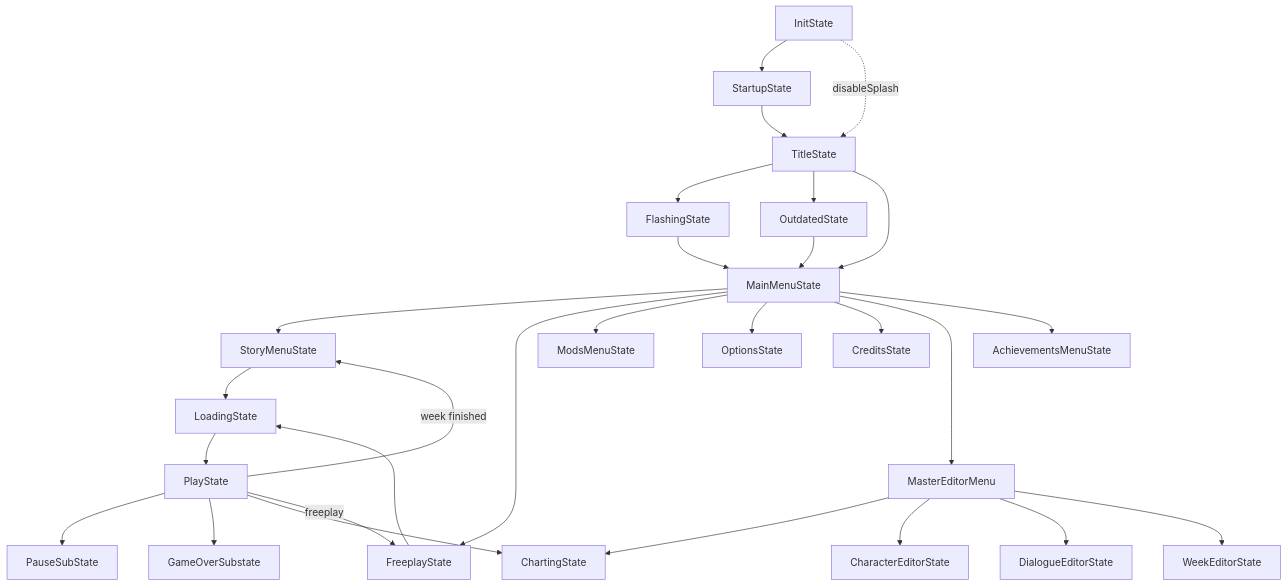
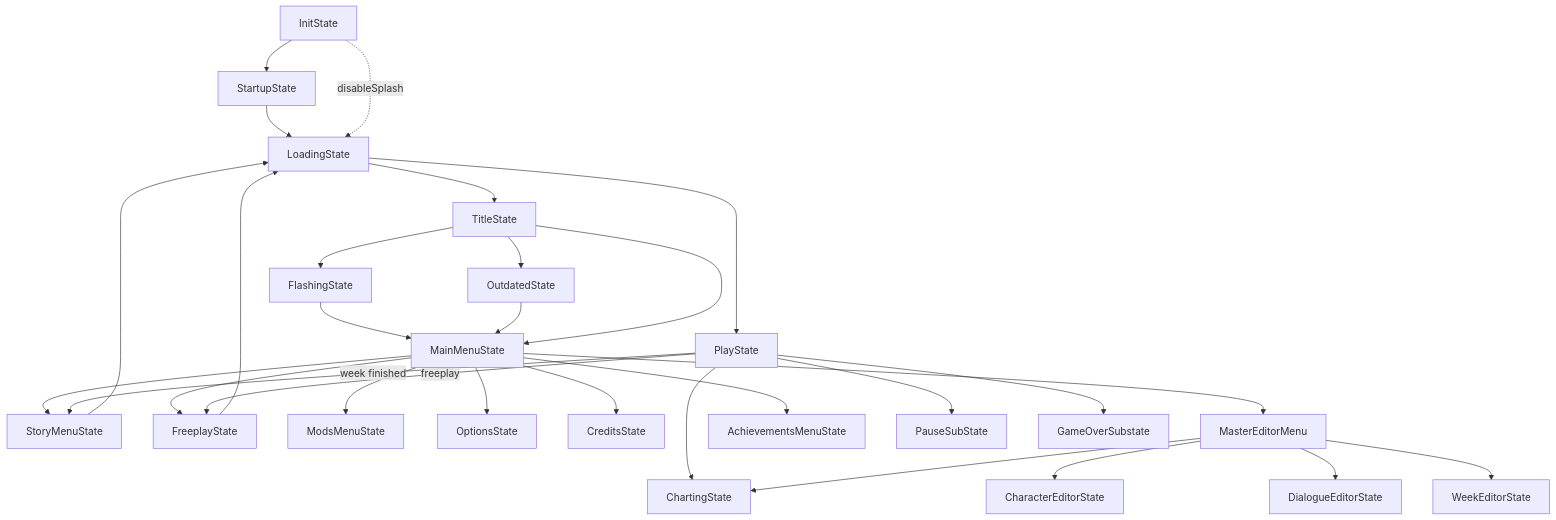
The diagram in website/docs/architecture/state-flow.md (havaianasdestruido/FNF-Phoenix-Engine), drawn with Mermaid before and after one commit. The commit also changed 6 other files, not shown here.

Commit message:
Limit loading screens and disable splash by default

````diff
--- a/website/docs/architecture/state-flow.md
+++ b/website/docs/architecture/state-flow.md
@@ -16,29 +16,29 @@
 ```mermaid
 flowchart TD
-    Init["InitState"] --> Startup["StartupState"] --> Title["TitleState"]
-    Init -.->|disableSplash| Title
+    Init["InitState"] --> Startup["StartupState"] --> Load["LoadingState"] --> Title["TitleState"]
+    Init -.->|disableSplash| Load
     Title --> Flash["FlashingState"]
     Title --> Out["OutdatedState"]
     Flash --> Main["MainMenuState"]
     Out --> Main
     Title --> Main
     Main --> Story["StoryMenuState"]
     Main --> Free["FreeplayState"]
     Main --> Mods["ModsMenuState"]
     Main --> Opts["OptionsState"]
     Main --> Cred["CreditsState"]
     Main --> Edit["MasterEditorMenu"]
     Main --> Ach["AchievementsMenuState"]
     Story --> Load["LoadingState"]
     Free --> Load
     Load --> Play["PlayState"]
     Play --> Pause["PauseSubState"]
     Play --> Over["GameOverSubstate"]
     Play --> Chart["ChartingState"]
     Play -->|week finished| Story
     Play -->|freeplay| Free
     Edit --> Chart
     Edit --> CharEd["CharacterEditorState"]
     Edit --> DlgEd["DialogueEditorState"]
     Edit --> WeekEd["WeekEditorState"]
 ```
````
